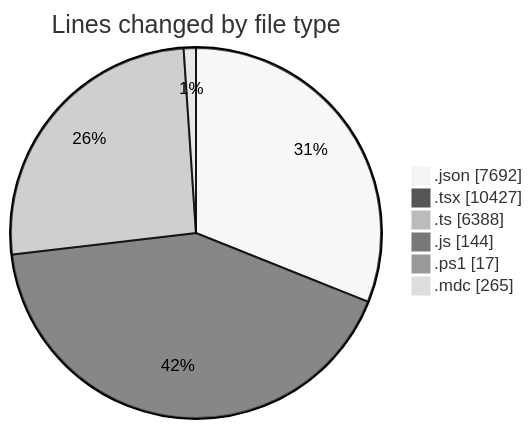
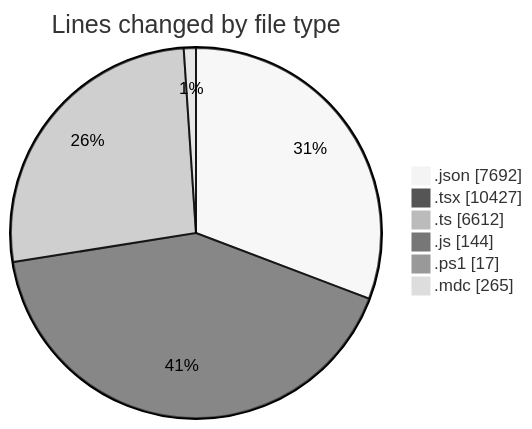
One commit to CELIANVF/code-tracking changed the first of 2 diagrams in 2025-06-10/ecodeli-1/README.md. Above: the diagram before and after it, drawn with Mermaid (neutral theme). The commit also changed other lines of this file and 1 other file, not shown here.

````diff
--- a/2025-06-10/ecodeli-1/README.md
+++ b/2025-06-10/ecodeli-1/README.md
@@ -77,10 +78,10 @@
 ```mermaid
 pie showData
 title Lines changed by file type
 ".json" : 7692
 ".tsx" : 10427
-".ts" : 6388
+".ts" : 6612
 ".js" : 144
 ".ps1" : 17
 ".mdc" : 265
 ```
````
